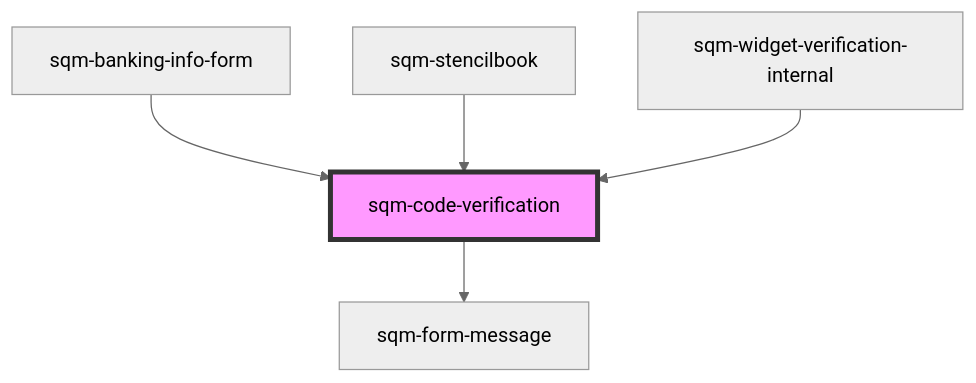
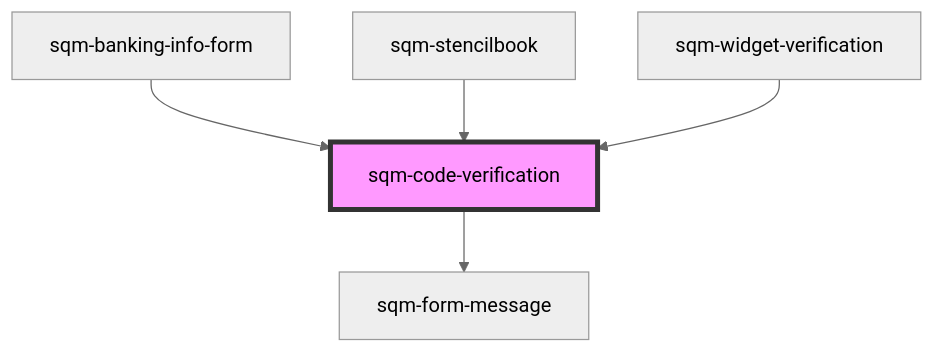
One commit to saasquatch/program-tools changed the diagram in packages/mint-components/src/components/sqm-widget-verification/sqm-code-verification/readme.md. Above: the diagram before and after it, drawn with Mermaid (neutral theme). The commit also changed other lines of this file and 10 other files, not shown here.

Commit message:
change up widget verification components to fix text props

````diff
--- a/packages/mint-components/src/components/sqm-widget-verification/sqm-code-verification/readme.md
+++ b/packages/mint-components/src/components/sqm-widget-verification/sqm-code-verification/readme.md
@@ -37,8 +37,8 @@
 ```mermaid
 graph TD;
   sqm-code-verification --> sqm-form-message
   sqm-banking-info-form --> sqm-code-verification
   sqm-stencilbook --> sqm-code-verification
-  sqm-widget-verification-internal --> sqm-code-verification
+  sqm-widget-verification --> sqm-code-verification
   style sqm-code-verification fill:#f9f,stroke:#333,stroke-width:4px
 ```
````
